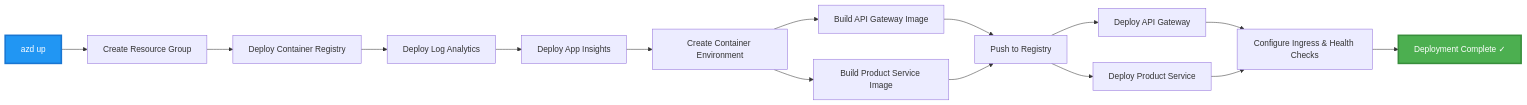
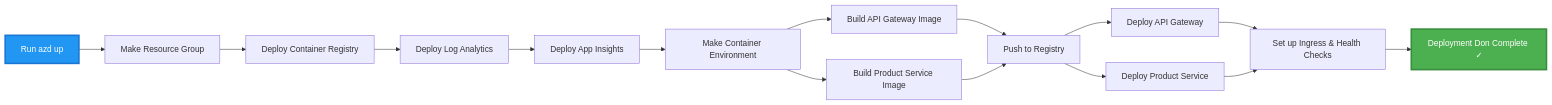
The third of 4 diagrams in translations/pcm/examples/microservices/README.md (microsoft/AZD-for-beginners), drawn with Mermaid before and after one commit. The commit also changed other lines of this file and 245 other files, not shown here.

````diff
--- a/translations/pcm/examples/microservices/README.md
+++ b/translations/pcm/examples/microservices/README.md
@@ -242,20 +233,20 @@
 ```mermaid
 graph LR
-    A[azd up] --> B[Create Resource Group]
+    A[Run azd up] --> B[Make Resource Group]
     B --> C[Deploy Container Registry]
     C --> D[Deploy Log Analytics]
     D --> E[Deploy App Insights]
-    E --> F[Create Container Environment]
+    E --> F[Make Container Environment]
     F --> G[Build API Gateway Image]
     F --> H[Build Product Service Image]
     G --> I[Push to Registry]
     H --> I
     I --> J[Deploy API Gateway]
     I --> K[Deploy Product Service]
-    J --> L[Configure Ingress & Health Checks]
+    J --> L[Set up Ingress & Health Checks]
     K --> L
-    L --> M[Deployment Complete ✓]
+    L --> M[Deployment Don Complete ✓]
     
     style A fill:#2196F3,stroke:#1976D2,stroke-width:3px,color:#fff
     style M fill:#4CAF50,stroke:#388E3C,stroke-width:3px,color:#fff
 ```
````
